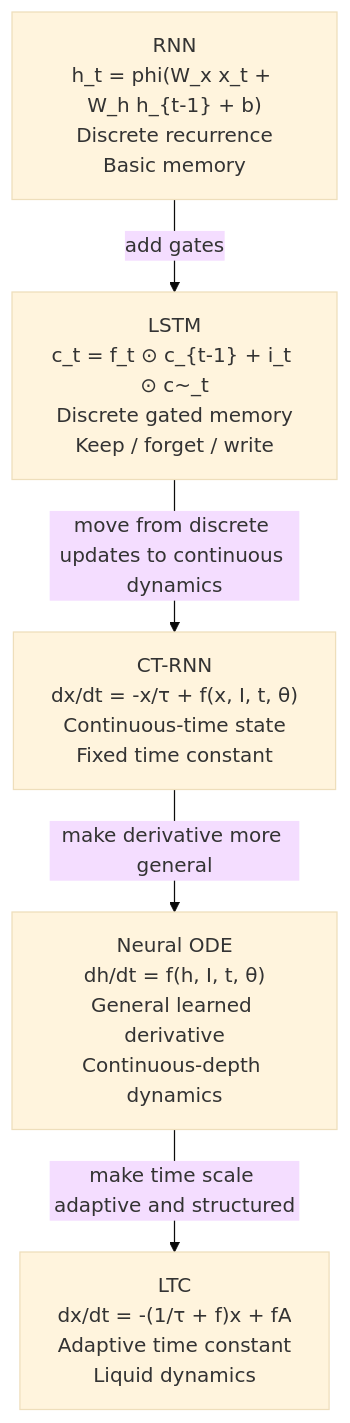
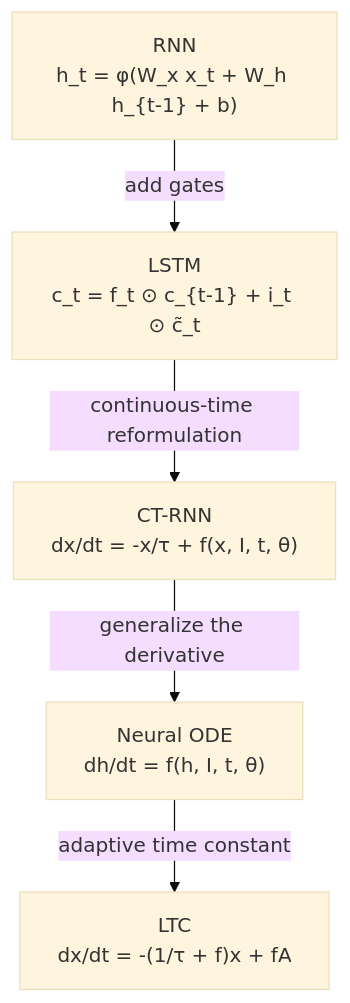
The diagram in README.md (boliu-ee/LNN), drawn with Mermaid (base theme) before and after one commit. The commit also changed other lines of this file, not shown here.

````diff
--- a/README.md
+++ b/README.md
@@ -538,13 +538,13 @@
 ```mermaid
 flowchart TB
-    A["RNN<br/>h_t = phi(W_x x_t + W_h h_{t-1} + b)<br/>Discrete recurrence<br/>Basic memory"]
-    B["LSTM<br/>c_t = f_t ⊙ c_{t-1} + i_t ⊙ c~_t<br/>Discrete gated memory<br/>Keep / forget / write"]
-    C["CT-RNN<br/>dx/dt = -x/τ + f(x, I, t, θ)<br/>Continuous-time state<br/>Fixed time constant"]
-    D["Neural ODE<br/>dh/dt = f(h, I, t, θ)<br/>General learned derivative<br/>Continuous-depth dynamics"]
-    E["LTC<br/>dx/dt = -(1/τ + f)x + fA<br/>Adaptive time constant<br/>Liquid dynamics"]
+    A["RNN<br/>h_t = φ(W_x x_t + W_h h_{t-1} + b)"]
+    B["LSTM<br/>c_t = f_t ⊙ c_{t-1} + i_t ⊙ c̃_t"]
+    C["CT-RNN<br/>dx/dt = -x/τ + f(x, I, t, θ)"]
+    D["Neural ODE<br/>dh/dt = f(h, I, t, θ)"]
+    E["LTC<br/>dx/dt = -(1/τ + f)x + fA"]
 
     A -->|add gates| B
-    B -->|move from discrete updates to continuous dynamics| C
-    C -->|make derivative more general| D
-    D -->|make time scale adaptive and structured| E
+    B -->|continuous-time reformulation| C
+    C -->|generalize the derivative| D
+    D -->|adaptive time constant| E
 ```
````
